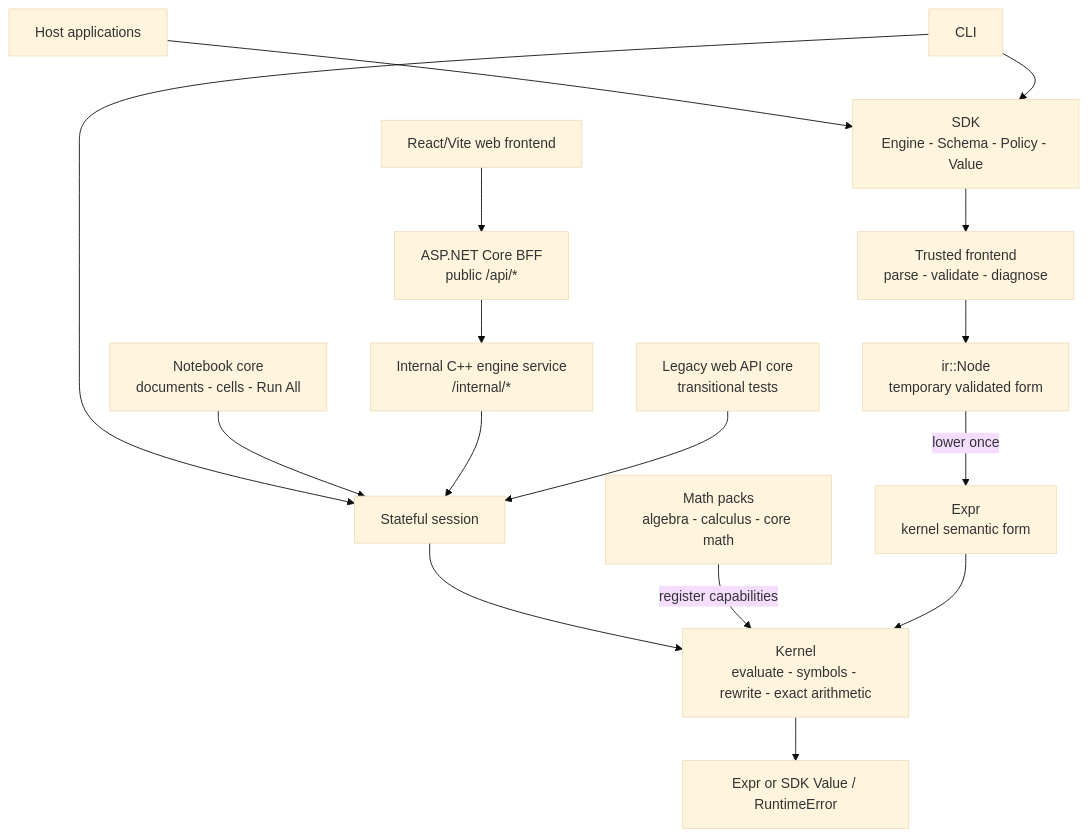
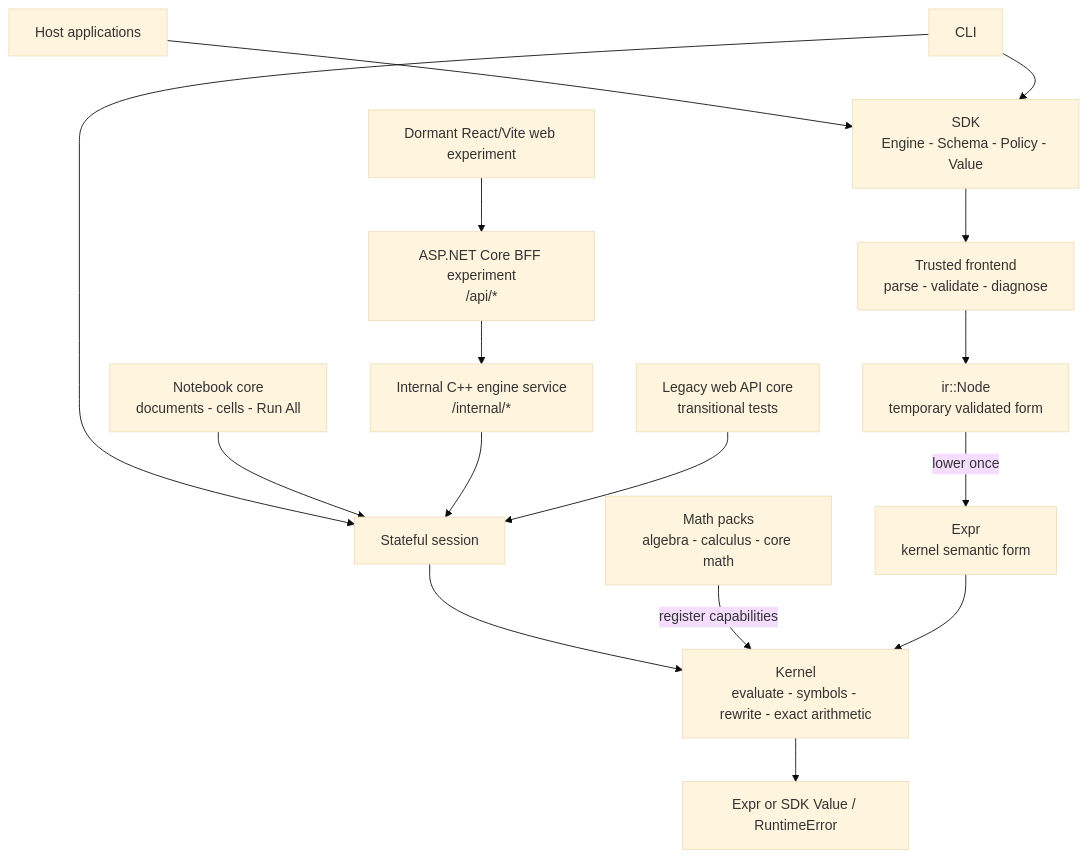
The first of 10 diagrams in docs/architecture.md (sergiorf/aleph3), drawn with Mermaid (base theme) before and after one commit. The commit also changed other lines of this file and 12 other files, not shown here.

First line of the commit message:
docs: align roadmap around notebook-first private core split

````diff
--- a/docs/architecture.md
+++ b/docs/architecture.md
@@ -19,18 +20,18 @@
 ```mermaid
 flowchart TB
     Host["Host applications"] --> SDK["SDK<br/>Engine - Schema - Policy - Value"]
     CLI["CLI"] --> Session["Stateful session"]
     Notebook["Notebook core<br/>documents - cells - Run All"] --> Session
-    WebFrontend["React/Vite web frontend"] --> BFF["ASP.NET Core BFF<br/>public /api/*"]
+    WebFrontend["Dormant React/Vite web experiment"] --> BFF["ASP.NET Core BFF experiment<br/>/api/*"]
     BFF --> EngineSvc["Internal C++ engine service<br/>/internal/*"]
     EngineSvc --> Session
     WebApi["Legacy web API core<br/>transitional tests"] --> Session
     Session --> Kernel
     CLI --> SDK
     SDK --> Frontend["Trusted frontend<br/>parse - validate - diagnose"]
     Frontend --> IR["ir::Node<br/>temporary validated form"]
     IR -->|lower once| Expr["Expr<br/>kernel semantic form"]
     Packs["Math packs<br/>algebra - calculus - core math"] -->|register capabilities| Kernel
     Expr --> Kernel["Kernel<br/>evaluate - symbols - rewrite - exact arithmetic"]
     Kernel --> Result["Expr or SDK Value / RuntimeError"]
 ```
````
